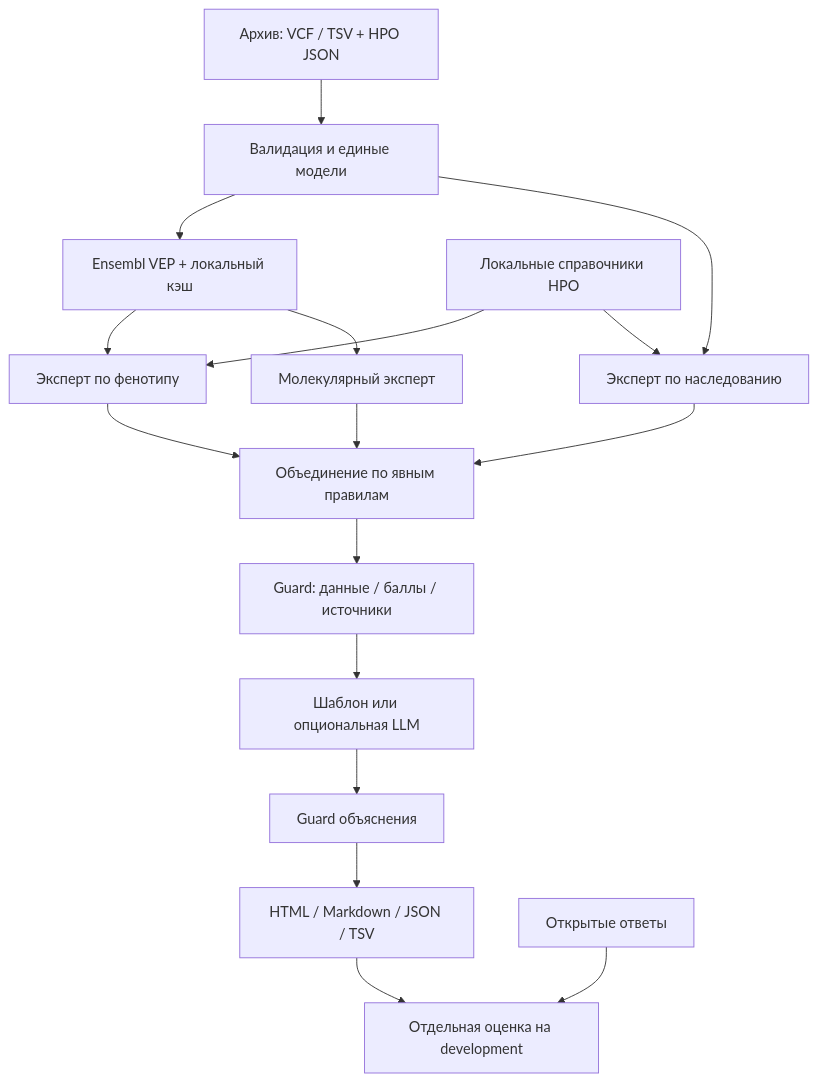
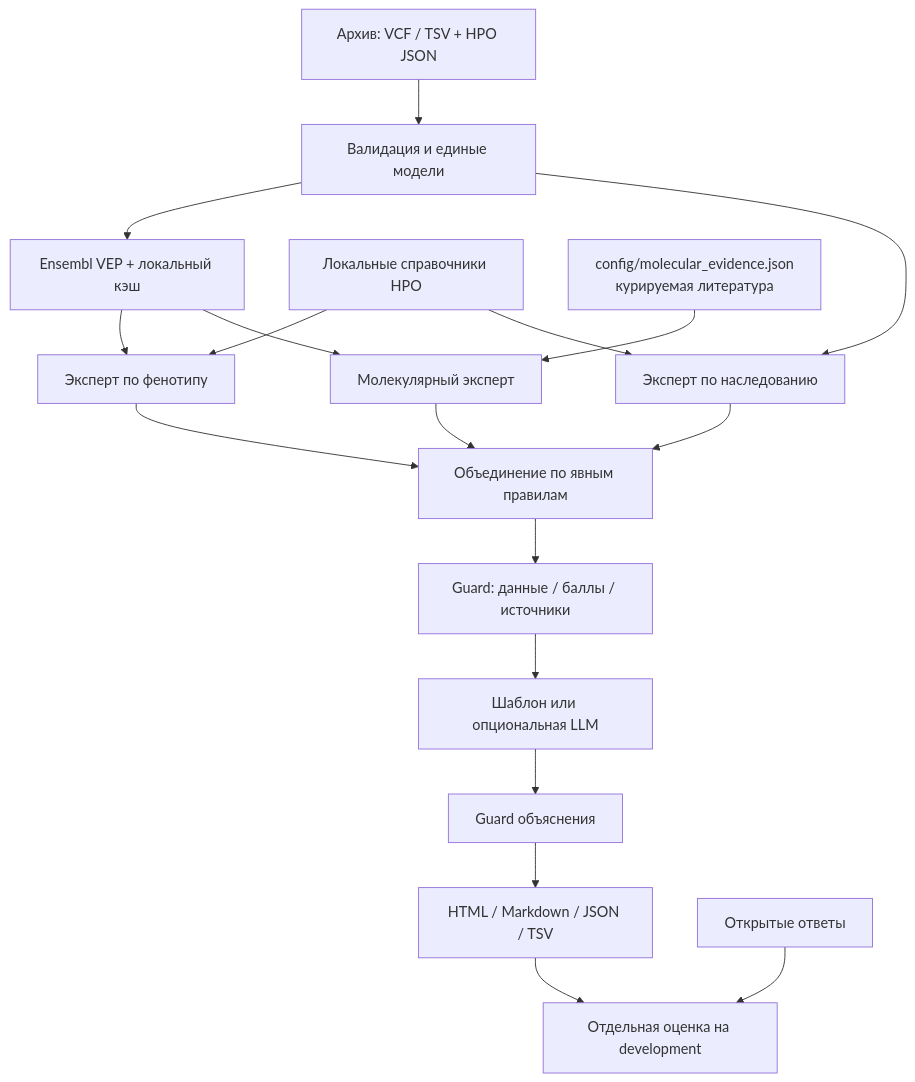
One commit to NursuUwU/Synth_Hack changed the diagram in README.md. Above: the diagram before and after it, drawn with Mermaid. The commit also changed other lines of this file and 30 other files, not shown here.

````diff
--- a/README.md
+++ b/README.md
@@ -103,19 +103,20 @@
 ```mermaid
 flowchart TD
     D[Архив: VCF / TSV + HPO JSON] --> V[Валидация и единые модели]
     V --> A[Ensembl VEP + локальный кэш]
     K[Локальные справочники HPO] --> P[Эксперт по фенотипу]
     A --> P
     A --> M[Молекулярный эксперт]
+    C[config/molecular_evidence.json<br/>курируемая литература] --> M
     K --> I[Эксперт по наследованию]
     V --> I
     P --> R[Объединение по явным правилам]
     M --> R
     I --> R
     R --> G[Guard: данные / баллы / источники]
     G --> L[Шаблон или опциональная LLM]
     L --> Q[Guard объяснения]
     Q --> O[HTML / Markdown / JSON / TSV]
     O --> E[Отдельная оценка на development]
     Y[Открытые ответы] --> E
 ```
````
